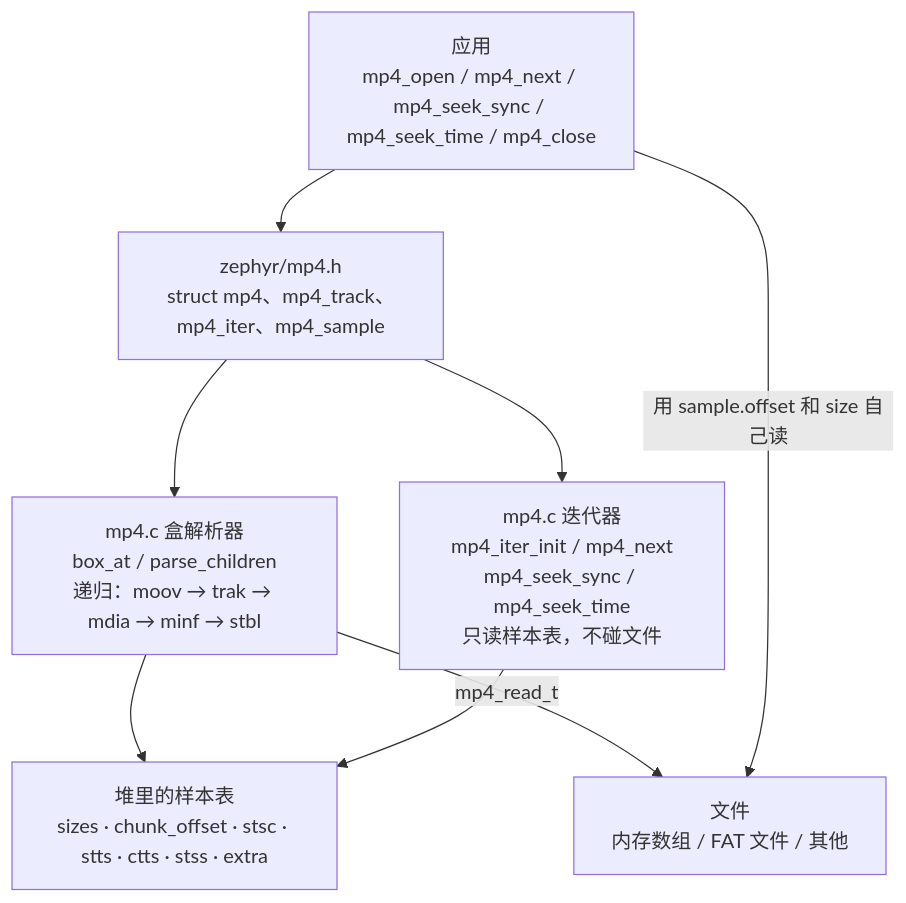
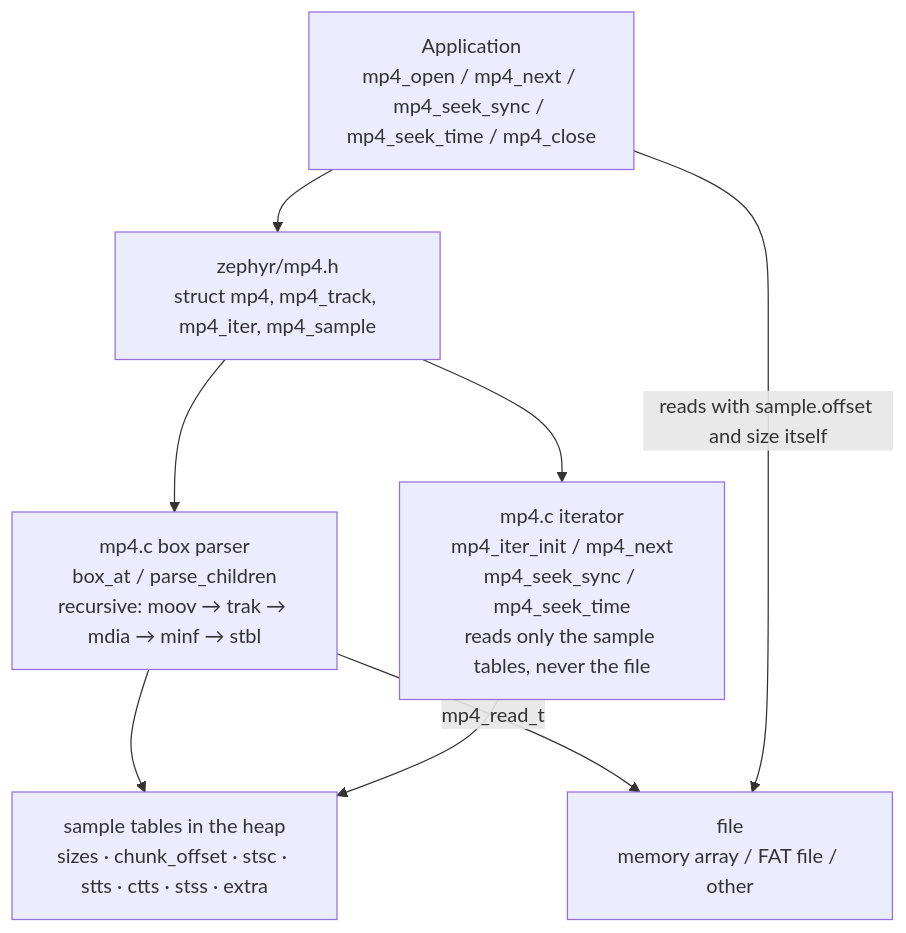
The first of 4 diagrams in docs/src/content/docs/dev/zephyr/components/mp4.md (YuzukiHD/YuzukiNeko), drawn with Mermaid before and after one commit. The commit also changed other lines of this file and 216 other files, not shown here.

````diff
--- a/docs/src/content/docs/dev/zephyr/components/mp4.md
+++ b/docs/src/content/docs/dev/zephyr/components/mp4.md
@@ -19,10 +19,10 @@
 ```mermaid
 flowchart TB
-    APP["应用<br/>mp4_open / mp4_next / mp4_seek_sync / mp4_seek_time / mp4_close"] --> API["zephyr/mp4.h<br/>struct mp4、mp4_track、mp4_iter、mp4_sample"]
-    API --> PARSE["mp4.c 盒解析器<br/>box_at / parse_children<br/>递归：moov → trak → mdia → minf → stbl"]
-    API --> ITER["mp4.c 迭代器<br/>mp4_iter_init / mp4_next<br/>mp4_seek_sync / mp4_seek_time<br/>只读样本表，不碰文件"]
-    PARSE --> TABLES["堆里的样本表<br/>sizes · chunk_offset · stsc · stts · ctts · stss · extra"]
+    APP["Application<br/>mp4_open / mp4_next / mp4_seek_sync / mp4_seek_time / mp4_close"] --> API["zephyr/mp4.h<br/>struct mp4, mp4_track, mp4_iter, mp4_sample"]
+    API --> PARSE["mp4.c box parser<br/>box_at / parse_children<br/>recursive: moov → trak → mdia → minf → stbl"]
+    API --> ITER["mp4.c iterator<br/>mp4_iter_init / mp4_next<br/>mp4_seek_sync / mp4_seek_time<br/>reads only the sample tables, never the file"]
+    PARSE --> TABLES["sample tables in the heap<br/>sizes · chunk_offset · stsc · stts · ctts · stss · extra"]
     ITER --> TABLES
-    PARSE -->|mp4_read_t| FILE["文件<br/>内存数组 / FAT 文件 / 其他"]
-    APP -->|"用 sample.offset 和 size 自己读"| FILE
+    PARSE -->|mp4_read_t| FILE["file<br/>memory array / FAT file / other"]
+    APP -->|"reads with sample.offset and size itself"| FILE
 ```
````
